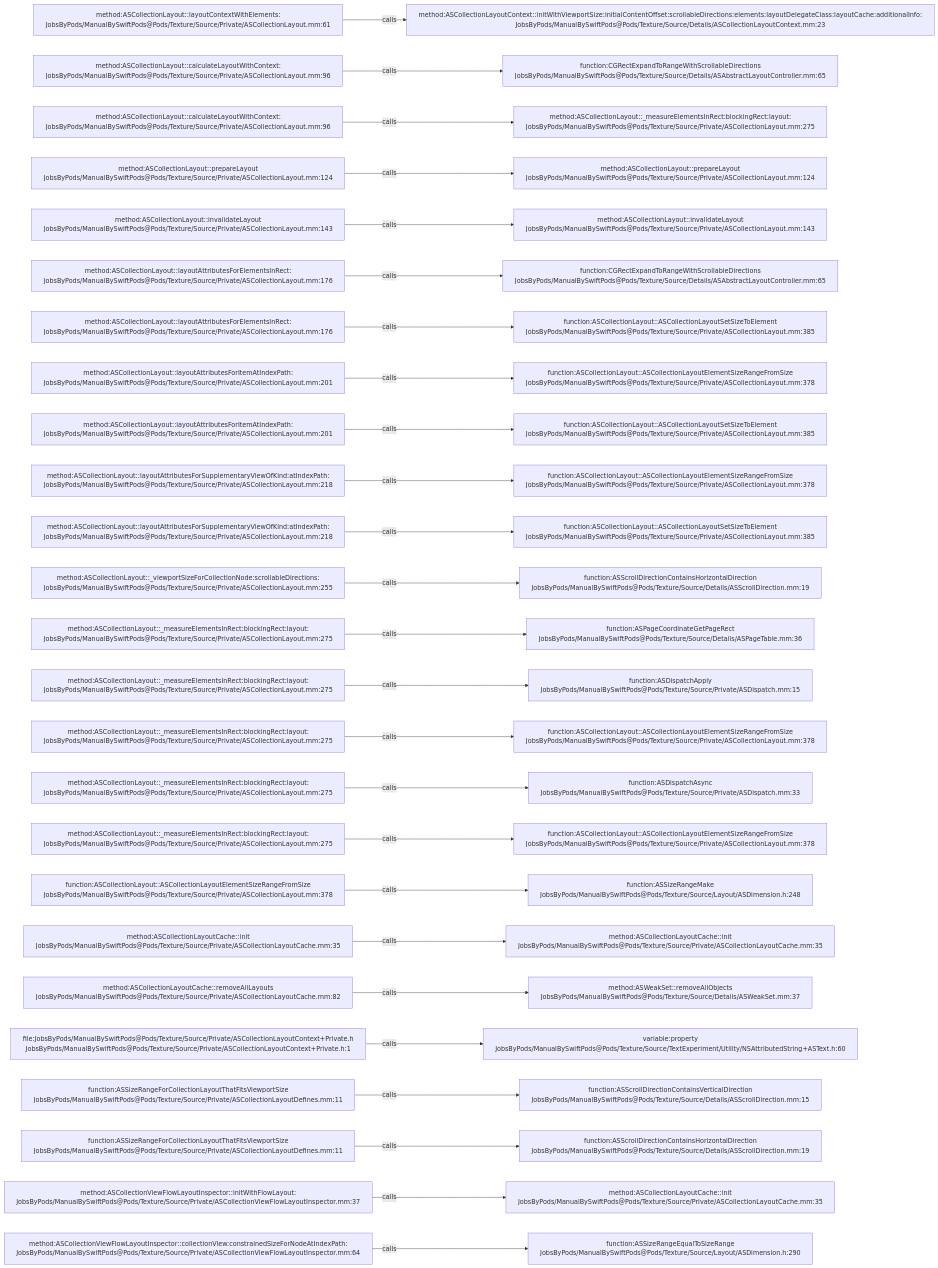
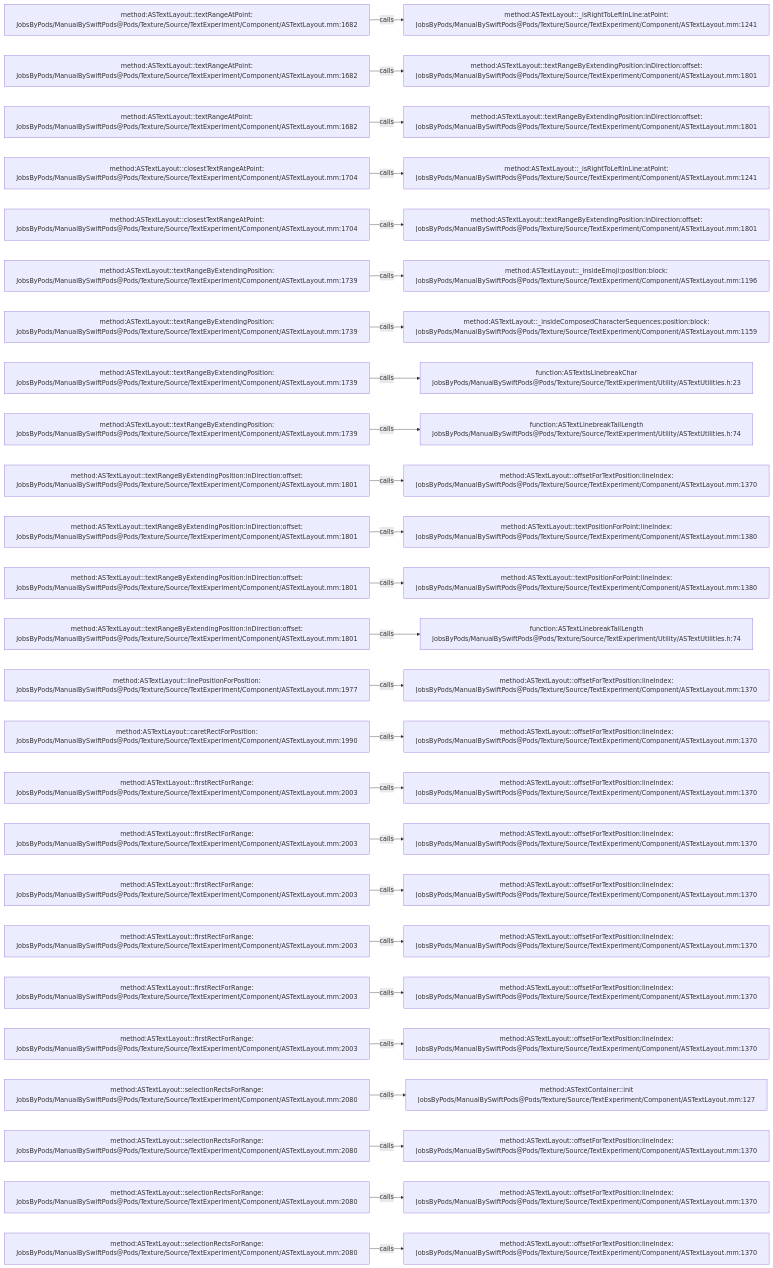
Before and after one commit to JobsKits/JobsSwiftBaseConfigDemo: the diagram in .codegraph/codegraph.md/graphs/calls-134.md, drawn with Mermaid. The commit also changed 832 other files, not shown here.

````diff
--- a/.codegraph/codegraph.md/graphs/calls-134.md
+++ b/.codegraph/codegraph.md/graphs/calls-134.md
@@ -13,78 +13,78 @@
 ```mermaid
 flowchart LR
-  S1["method:ASCollectionLayout::layoutContextWithElements:<br/>JobsByPods/ManualBySwiftPods@Pods/Texture/Source/Private/ASCollectionLayout.mm:61"]
-  T1["method:ASCollectionLayoutContext::initWithViewportSize:initialContentOffset:scrollableDirections:elements:layoutDelegateClass:layoutCache:additionalInfo:<br/>JobsByPods/ManualBySwiftPods@Pods/Texture/Source/Details/ASCollectionLayoutContext.mm:23"]
+  S1["method:ASTextLayout::textRangeAtPoint:<br/>JobsByPods/ManualBySwiftPods@Pods/Texture/Source/TextExperiment/Component/ASTextLayout.mm:1682"]
+  T1["method:ASTextLayout::_isRightToLeftInLine:atPoint:<br/>JobsByPods/ManualBySwiftPods@Pods/Texture/Source/TextExperiment/Component/ASTextLayout.mm:1241"]
   S1 -->|calls| T1
-  S2["method:ASCollectionLayout::calculateLayoutWithContext:<br/>JobsByPods/ManualBySwiftPods@Pods/Texture/Source/Private/ASCollectionLayout.mm:96"]
-  T2["function:CGRectExpandToRangeWithScrollableDirections<br/>JobsByPods/ManualBySwiftPods@Pods/Texture/Source/Details/ASAbstractLayoutController.mm:65"]
+  S2["method:ASTextLayout::textRangeAtPoint:<br/>JobsByPods/ManualBySwiftPods@Pods/Texture/Source/TextExperiment/Component/ASTextLayout.mm:1682"]
+  T2["method:ASTextLayout::textRangeByExtendingPosition:inDirection:offset:<br/>JobsByPods/ManualBySwiftPods@Pods/Texture/Source/TextExperiment/Component/ASTextLayout.mm:1801"]
   S2 -->|calls| T2
-  S3["method:ASCollectionLayout::calculateLayoutWithContext:<br/>JobsByPods/ManualBySwiftPods@Pods/Texture/Source/Private/ASCollectionLayout.mm:96"]
-  T3["method:ASCollectionLayout::_measureElementsInRect:blockingRect:layout:<br/>JobsByPods/ManualBySwiftPods@Pods/Texture/Source/Private/ASCollectionLayout.mm:275"]
+  S3["method:ASTextLayout::textRangeAtPoint:<br/>JobsByPods/ManualBySwiftPods@Pods/Texture/Source/TextExperiment/Component/ASTextLayout.mm:1682"]
+  T3["method:ASTextLayout::textRangeByExtendingPosition:inDirection:offset:<br/>JobsByPods/ManualBySwiftPods@Pods/Texture/Source/TextExperiment/Component/ASTextLayout.mm:1801"]
   S3 -->|calls| T3
-  S4["method:ASCollectionLayout::prepareLayout<br/>JobsByPods/ManualBySwiftPods@Pods/Texture/Source/Private/ASCollectionLayout.mm:124"]
-  T4["method:ASCollectionLayout::prepareLayout<br/>JobsByPods/ManualBySwiftPods@Pods/Texture/Source/Private/ASCollectionLayout.mm:124"]
+  S4["method:ASTextLayout::closestTextRangeAtPoint:<br/>JobsByPods/ManualBySwiftPods@Pods/Texture/Source/TextExperiment/Component/ASTextLayout.mm:1704"]
+  T4["method:ASTextLayout::_isRightToLeftInLine:atPoint:<br/>JobsByPods/ManualBySwiftPods@Pods/Texture/Source/TextExperiment/Component/ASTextLayout.mm:1241"]
   S4 -->|calls| T4
-  S5["method:ASCollectionLayout::invalidateLayout<br/>JobsByPods/ManualBySwiftPods@Pods/Texture/Source/Private/ASCollectionLayout.mm:143"]
-  T5["method:ASCollectionLayout::invalidateLayout<br/>JobsByPods/ManualBySwiftPods@Pods/Texture/Source/Private/ASCollectionLayout.mm:143"]
+  S5["method:ASTextLayout::closestTextRangeAtPoint:<br/>JobsByPods/ManualBySwiftPods@Pods/Texture/Source/TextExperiment/Component/ASTextLayout.mm:1704"]
+  T5["method:ASTextLayout::textRangeByExtendingPosition:inDirection:offset:<br/>JobsByPods/ManualBySwiftPods@Pods/Texture/Source/TextExperiment/Component/ASTextLayout.mm:1801"]
   S5 -->|calls| T5
-  S6["method:ASCollectionLayout::layoutAttributesForElementsInRect:<br/>JobsByPods/ManualBySwiftPods@Pods/Texture/Source/Private/ASCollectionLayout.mm:176"]
-  T6["function:CGRectExpandToRangeWithScrollableDirections<br/>JobsByPods/ManualBySwiftPods@Pods/Texture/Source/Details/ASAbstractLayoutController.mm:65"]
+  S6["method:ASTextLayout::textRangeByExtendingPosition:<br/>JobsByPods/ManualBySwiftPods@Pods/Texture/Source/TextExperiment/Component/ASTextLayout.mm:1739"]
+  T6["method:ASTextLayout::_insideEmoji:position:block:<br/>JobsByPods/ManualBySwiftPods@Pods/Texture/Source/TextExperiment/Component/ASTextLayout.mm:1196"]
   S6 -->|calls| T6
-  S7["method:ASCollectionLayout::layoutAttributesForElementsInRect:<br/>JobsByPods/ManualBySwiftPods@Pods/Texture/Source/Private/ASCollectionLayout.mm:176"]
-  T7["function:ASCollectionLayout::ASCollectionLayoutSetSizeToElement<br/>JobsByPods/ManualBySwiftPods@Pods/Texture/Source/Private/ASCollectionLayout.mm:385"]
+  S7["method:ASTextLayout::textRangeByExtendingPosition:<br/>JobsByPods/ManualBySwiftPods@Pods/Texture/Source/TextExperiment/Component/ASTextLayout.mm:1739"]
+  T7["method:ASTextLayout::_insideComposedCharacterSequences:position:block:<br/>JobsByPods/ManualBySwiftPods@Pods/Texture/Source/TextExperiment/Component/ASTextLayout.mm:1159"]
   S7 -->|calls| T7
-  S8["method:ASCollectionLayout::layoutAttributesForItemAtIndexPath:<br/>JobsByPods/ManualBySwiftPods@Pods/Texture/Source/Private/ASCollectionLayout.mm:201"]
-  T8["function:ASCollectionLayout::ASCollectionLayoutElementSizeRangeFromSize<br/>JobsByPods/ManualBySwiftPods@Pods/Texture/Source/Private/ASCollectionLayout.mm:378"]
+  S8["method:ASTextLayout::textRangeByExtendingPosition:<br/>JobsByPods/ManualBySwiftPods@Pods/Texture/Source/TextExperiment/Component/ASTextLayout.mm:1739"]
+  T8["function:ASTextIsLinebreakChar<br/>JobsByPods/ManualBySwiftPods@Pods/Texture/Source/TextExperiment/Utility/ASTextUtilities.h:23"]
   S8 -->|calls| T8
-  S9["method:ASCollectionLayout::layoutAttributesForItemAtIndexPath:<br/>JobsByPods/ManualBySwiftPods@Pods/Texture/Source/Private/ASCollectionLayout.mm:201"]
-  T9["function:ASCollectionLayout::ASCollectionLayoutSetSizeToElement<br/>JobsByPods/ManualBySwiftPods@Pods/Texture/Source/Private/ASCollectionLayout.mm:385"]
+  S9["method:ASTextLayout::textRangeByExtendingPosition:<br/>JobsByPods/ManualBySwiftPods@Pods/Texture/Source/TextExperiment/Component/ASTextLayout.mm:1739"]
+  T9["function:ASTextLinebreakTailLength<br/>JobsByPods/ManualBySwiftPods@Pods/Texture/Source/TextExperiment/Utility/ASTextUtilities.h:74"]
   S9 -->|calls| T9
-  S10["method:ASCollectionLayout::layoutAttributesForSupplementaryViewOfKind:atIndexPath:<br/>JobsByPods/ManualBySwiftPods@Pods/Texture/Source/Private/ASCollectionLayout.mm:218"]
-  T10["function:ASCollectionLayout::ASCollectionLayoutElementSizeRangeFromSize<br/>JobsByPods/ManualBySwiftPods@Pods/Texture/Source/Private/ASCollectionLayout.mm:378"]
+  S10["method:ASTextLayout::textRangeByExtendingPosition:inDirection:offset:<br/>JobsByPods/ManualBySwiftPods@Pods/Texture/Source/TextExperiment/Component/ASTextLayout.mm:1801"]
+  T10["method:ASTextLayout::offsetForTextPosition:lineIndex:<br/>JobsByPods/ManualBySwiftPods@Pods/Texture/Source/TextExperiment/Component/ASTextLayout.mm:1370"]
   S10 -->|calls| T10
-  S11["method:ASCollectionLayout::layoutAttributesForSupplementaryViewOfKind:atIndexPath:<br/>JobsByPods/ManualBySwiftPods@Pods/Texture/Source/Private/ASCollectionLayout.mm:218"]
-  T11["function:ASCollectionLayout::ASCollectionLayoutSetSizeToElement<br/>JobsByPods/ManualBySwiftPods@Pods/Texture/Source/Private/ASCollectionLayout.mm:385"]
+  S11["method:ASTextLayout::textRangeByExtendingPosition:inDirection:offset:<br/>JobsByPods/ManualBySwiftPods@Pods/Texture/Source/TextExperiment/Component/ASTextLayout.mm:1801"]
+  T11["method:ASTextLayout::textPositionForPoint:lineIndex:<br/>JobsByPods/ManualBySwiftPods@Pods/Texture/Source/TextExperiment/Component/ASTextLayout.mm:1380"]
   S11 -->|calls| T11
-  S12["method:ASCollectionLayout::_viewportSizeForCollectionNode:scrollableDirections:<br/>JobsByPods/ManualBySwiftPods@Pods/Texture/Source/Private/ASCollectionLayout.mm:255"]
-  T12["function:ASScrollDirectionContainsHorizontalDirection<br/>JobsByPods/ManualBySwiftPods@Pods/Texture/Source/Details/ASScrollDirection.mm:19"]
+  S12["method:ASTextLayout::textRangeByExtendingPosition:inDirection:offset:<br/>JobsByPods/ManualBySwiftPods@Pods/Texture/Source/TextExperiment/Component/ASTextLayout.mm:1801"]
+  T12["method:ASTextLayout::textPositionForPoint:lineIndex:<br/>JobsByPods/ManualBySwiftPods@Pods/Texture/Source/TextExperiment/Component/ASTextLayout.mm:1380"]
   S12 -->|calls| T12
-  S13["method:ASCollectionLayout::_measureElementsInRect:blockingRect:layout:<br/>JobsByPods/ManualBySwiftPods@Pods/Texture/Source/Private/ASCollectionLayout.mm:275"]
-  T13["function:ASPageCoordinateGetPageRect<br/>JobsByPods/ManualBySwiftPods@Pods/Texture/Source/Details/ASPageTable.mm:36"]
+  S13["method:ASTextLayout::textRangeByExtendingPosition:inDirection:offset:<br/>JobsByPods/ManualBySwiftPods@Pods/Texture/Source/TextExperiment/Component/ASTextLayout.mm:1801"]
+  T13["function:ASTextLinebreakTailLength<br/>JobsByPods/ManualBySwiftPods@Pods/Texture/Source/TextExperiment/Utility/ASTextUtilities.h:74"]
   S13 -->|calls| T13
-  S14["method:ASCollectionLayout::_measureElementsInRect:blockingRect:layout:<br/>JobsByPods/ManualBySwiftPods@Pods/Texture/Source/Private/ASCollectionLayout.mm:275"]
-  T14["function:ASDispatchApply<br/>JobsByPods/ManualBySwiftPods@Pods/Texture/Source/Private/ASDispatch.mm:15"]
+  S14["method:ASTextLayout::linePositionForPosition:<br/>JobsByPods/ManualBySwiftPods@Pods/Texture/Source/TextExperiment/Component/ASTextLayout.mm:1977"]
+  T14["method:ASTextLayout::offsetForTextPosition:lineIndex:<br/>JobsByPods/ManualBySwiftPods@Pods/Texture/Source/TextExperiment/Component/ASTextLayout.mm:1370"]
   S14 -->|calls| T14
-  S15["method:ASCollectionLayout::_measureElementsInRect:blockingRect:layout:<br/>JobsByPods/ManualBySwiftPods@Pods/Texture/Source/Private/ASCollectionLayout.mm:275"]
-  T15["function:ASCollectionLayout::ASCollectionLayoutElementSizeRangeFromSize<br/>JobsByPods/ManualBySwiftPods@Pods/Texture/Source/Private/ASCollectionLayout.mm:378"]
+  S15["method:ASTextLayout::caretRectForPosition:<br/>JobsByPods/ManualBySwiftPods@Pods/Texture/Source/TextExperiment/Component/ASTextLayout.mm:1990"]
+  T15["method:ASTextLayout::offsetForTextPosition:lineIndex:<br/>JobsByPods/ManualBySwiftPods@Pods/Texture/Source/TextExperiment/Component/ASTextLayout.mm:1370"]
   S15 -->|calls| T15
-  S16["method:ASCollectionLayout::_measureElementsInRect:blockingRect:layout:<br/>JobsByPods/ManualBySwiftPods@Pods/Texture/Source/Private/ASCollectionLayout.mm:275"]
-  T16["function:ASDispatchAsync<br/>JobsByPods/ManualBySwiftPods@Pods/Texture/Source/Private/ASDispatch.mm:33"]
+  S16["method:ASTextLayout::firstRectForRange:<br/>JobsByPods/ManualBySwiftPods@Pods/Texture/Source/TextExperiment/Component/ASTextLayout.mm:2003"]
+  T16["method:ASTextLayout::offsetForTextPosition:lineIndex:<br/>JobsByPods/ManualBySwiftPods@Pods/Texture/Source/TextExperiment/Component/ASTextLayout.mm:1370"]
   S16 -->|calls| T16
-  S17["method:ASCollectionLayout::_measureElementsInRect:blockingRect:layout:<br/>JobsByPods/ManualBySwiftPods@Pods/Texture/Source/Private/ASCollectionLayout.mm:275"]
-  T17["function:ASCollectionLayout::ASCollectionLayoutElementSizeRangeFromSize<br/>JobsByPods/ManualBySwiftPods@Pods/Texture/Source/Private/ASCollectionLayout.mm:378"]
+  S17["method:ASTextLayout::firstRectForRange:<br/>JobsByPods/ManualBySwiftPods@Pods/Texture/Source/TextExperiment/Component/ASTextLayout.mm:2003"]
+  T17["method:ASTextLayout::offsetForTextPosition:lineIndex:<br/>JobsByPods/ManualBySwiftPods@Pods/Texture/Source/TextExperiment/Component/ASTextLayout.mm:1370"]
   S17 -->|calls| T17
-  S18["function:ASCollectionLayout::ASCollectionLayoutElementSizeRangeFromSize<br/>JobsByPods/ManualBySwiftPods@Pods/Texture/Source/Private/ASCollectionLayout.mm:378"]
-  T18["function:ASSizeRangeMake<br/>JobsByPods/ManualBySwiftPods@Pods/Texture/Source/Layout/ASDimension.h:248"]
+  S18["method:ASTextLayout::firstRectForRange:<br/>JobsByPods/ManualBySwiftPods@Pods/Texture/Source/TextExperiment/Component/ASTextLayout.mm:2003"]
+  T18["method:ASTextLayout::offsetForTextPosition:lineIndex:<br/>JobsByPods/ManualBySwiftPods@Pods/Texture/Source/TextExperiment/Component/ASTextLayout.mm:1370"]
   S18 -->|calls| T18
-  S19["method:ASCollectionLayoutCache::init<br/>JobsByPods/ManualBySwiftPods@Pods/Texture/Source/Private/ASCollectionLayoutCache.mm:35"]
-  T19["method:ASCollectionLayoutCache::init<br/>JobsByPods/ManualBySwiftPods@Pods/Texture/Source/Private/ASCollectionLayoutCache.mm:35"]
+  S19["method:ASTextLayout::firstRectForRange:<br/>JobsByPods/ManualBySwiftPods@Pods/Texture/Source/TextExperiment/Component/ASTextLayout.mm:2003"]
+  T19["method:ASTextLayout::offsetForTextPosition:lineIndex:<br/>JobsByPods/ManualBySwiftPods@Pods/Texture/Source/TextExperiment/Component/ASTextLayout.mm:1370"]
   S19 -->|calls| T19
-  S20["method:ASCollectionLayoutCache::removeAllLayouts<br/>JobsByPods/ManualBySwiftPods@Pods/Texture/Source/Private/ASCollectionLayoutCache.mm:82"]
-  T20["method:ASWeakSet::removeAllObjects<br/>JobsByPods/ManualBySwiftPods@Pods/Texture/Source/Details/ASWeakSet.mm:37"]
+  S20["method:ASTextLayout::firstRectForRange:<br/>JobsByPods/ManualBySwiftPods@Pods/Texture/Source/TextExperiment/Component/ASTextLayout.mm:2003"]
+  T20["method:ASTextLayout::offsetForTextPosition:lineIndex:<br/>JobsByPods/ManualBySwiftPods@Pods/Texture/Source/TextExperiment/Component/ASTextLayout.mm:1370"]
   S20 -->|calls| T20
-  S21["file:JobsByPods/ManualBySwiftPods@Pods/Texture/Source/Private/ASCollectionLayoutContext+Private.h<br/>JobsByPods/ManualBySwiftPods@Pods/Texture/Source/Private/ASCollectionLayoutContext+Private.h:1"]
-  T21["variable:property<br/>JobsByPods/ManualBySwiftPods@Pods/Texture/Source/TextExperiment/Utility/NSAttributedString+ASText.h:60"]
+  S21["method:ASTextLayout::firstRectForRange:<br/>JobsByPods/ManualBySwiftPods@Pods/Texture/Source/TextExperiment/Component/ASTextLayout.mm:2003"]
+  T21["method:ASTextLayout::offsetForTextPosition:lineIndex:<br/>JobsByPods/ManualBySwiftPods@Pods/Texture/Source/TextExperiment/Component/ASTextLayout.mm:1370"]
   S21 -->|calls| T21
-  S22["function:ASSizeRangeForCollectionLayoutThatFitsViewportSize<br/>JobsByPods/ManualBySwiftPods@Pods/Texture/Source/Private/ASCollectionLayoutDefines.mm:11"]
-  T22["function:ASScrollDirectionContainsVerticalDirection<br/>JobsByPods/ManualBySwiftPods@Pods/Texture/Source/Details/ASScrollDirection.mm:15"]
+  S22["method:ASTextLayout::selectionRectsForRange:<br/>JobsByPods/ManualBySwiftPods@Pods/Texture/Source/TextExperiment/Component/ASTextLayout.mm:2080"]
+  T22["method:ASTextContainer::init<br/>JobsByPods/ManualBySwiftPods@Pods/Texture/Source/TextExperiment/Component/ASTextLayout.mm:127"]
   S22 -->|calls| T22
-  S23["function:ASSizeRangeForCollectionLayoutThatFitsViewportSize<br/>JobsByPods/ManualBySwiftPods@Pods/Texture/Source/Private/ASCollectionLayoutDefines.mm:11"]
-  T23["function:ASScrollDirectionContainsHorizontalDirection<br/>JobsByPods/ManualBySwiftPods@Pods/Texture/Source/Details/ASScrollDirection.mm:19"]
+  S23["method:ASTextLayout::selectionRectsForRange:<br/>JobsByPods/ManualBySwiftPods@Pods/Texture/Source/TextExperiment/Component/ASTextLayout.mm:2080"]
+  T23["method:ASTextLayout::offsetForTextPosition:lineIndex:<br/>JobsByPods/ManualBySwiftPods@Pods/Texture/Source/TextExperiment/Component/ASTextLayout.mm:1370"]
   S23 -->|calls| T23
-  S24["method:ASCollectionViewFlowLayoutInspector::initWithFlowLayout:<br/>JobsByPods/ManualBySwiftPods@Pods/Texture/Source/Private/ASCollectionViewFlowLayoutInspector.mm:37"]
-  T24["method:ASCollectionLayoutCache::init<br/>JobsByPods/ManualBySwiftPods@Pods/Texture/Source/Private/ASCollectionLayoutCache.mm:35"]
+  S24["method:ASTextLayout::selectionRectsForRange:<br/>JobsByPods/ManualBySwiftPods@Pods/Texture/Source/TextExperiment/Component/ASTextLayout.mm:2080"]
+  T24["method:ASTextLayout::offsetForTextPosition:lineIndex:<br/>JobsByPods/ManualBySwiftPods@Pods/Texture/Source/TextExperiment/Component/ASTextLayout.mm:1370"]
   S24 -->|calls| T24
-  S25["method:ASCollectionViewFlowLayoutInspector::collectionView:constrainedSizeForNodeAtIndexPath:<br/>JobsByPods/ManualBySwiftPods@Pods/Texture/Source/Private/ASCollectionViewFlowLayoutInspector.mm:64"]
-  T25["function:ASSizeRangeEqualToSizeRange<br/>JobsByPods/ManualBySwiftPods@Pods/Texture/Source/Layout/ASDimension.h:290"]
+  S25["method:ASTextLayout::selectionRectsForRange:<br/>JobsByPods/ManualBySwiftPods@Pods/Texture/Source/TextExperiment/Component/ASTextLayout.mm:2080"]
+  T25["method:ASTextLayout::offsetForTextPosition:lineIndex:<br/>JobsByPods/ManualBySwiftPods@Pods/Texture/Source/TextExperiment/Component/ASTextLayout.mm:1370"]
   S25 -->|calls| T25
 ```
````
